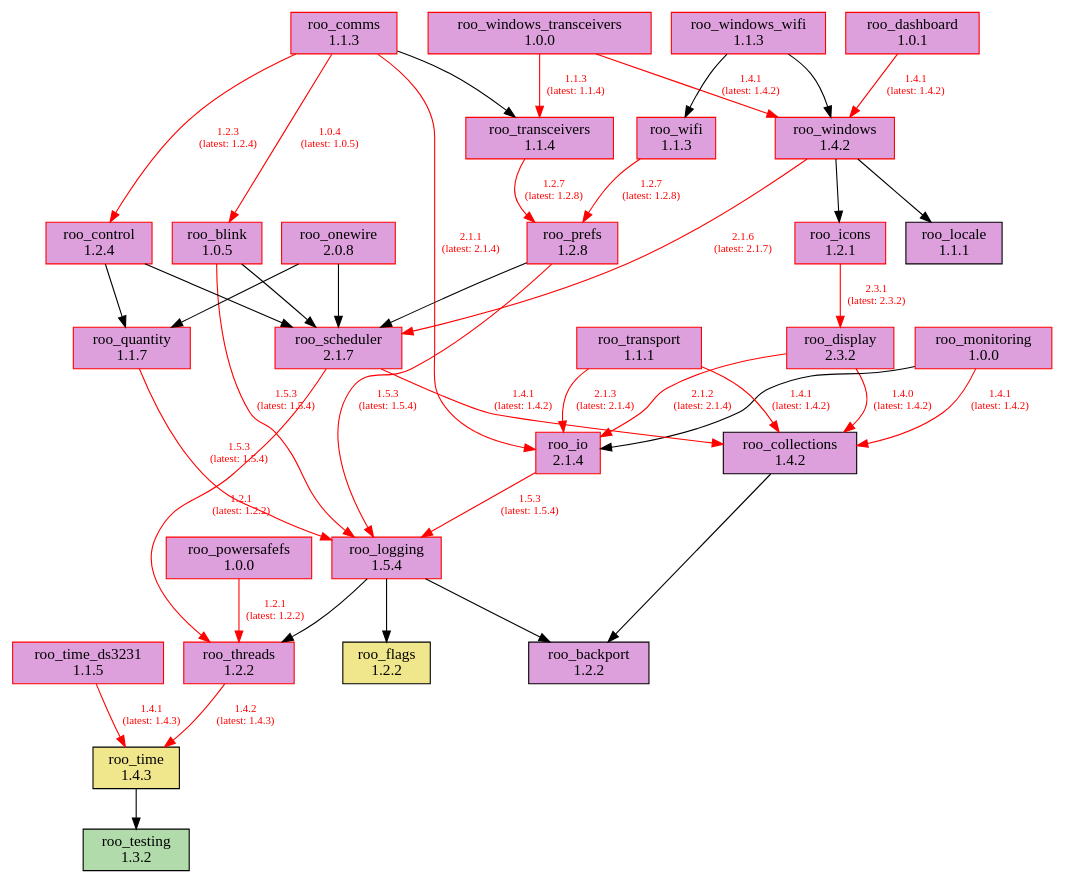
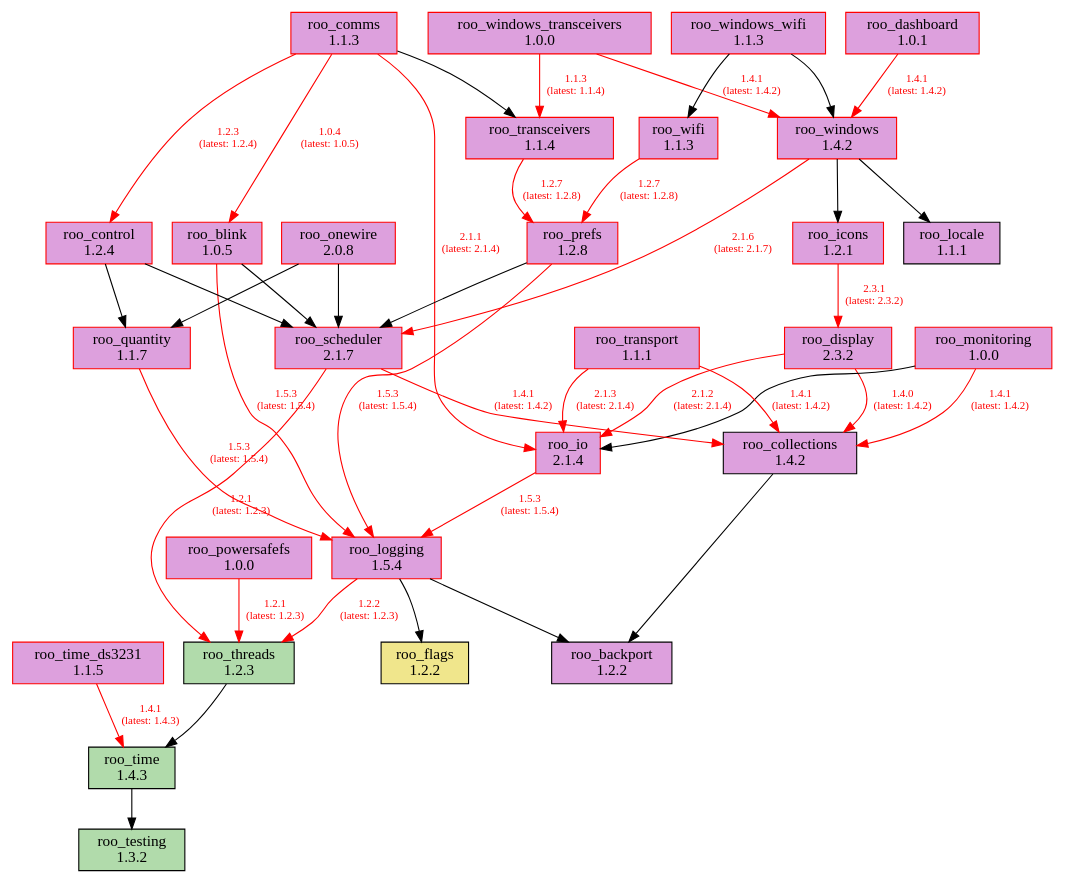
The diagram in doc/dependencies.dot (dejwk/roo-registry), drawn with Graphviz before and after one commit. The commit also changed 3 other files, not shown here.

Commit message:
Added roo_threads 1.2.3 to the registry.

```diff
--- a/doc/dependencies.dot
+++ b/doc/dependencies.dot
@@ -1,78 +1,78 @@
 digraph dependencies {
     rankdir=TB;
     node [shape=box, style=filled];
     edge [fontsize=10];
 
     // Modules
     "roo_backport" [label="roo_backport\n1.2.2", fillcolor="plum", color="black"];
     "roo_blink" [label="roo_blink\n1.0.5", fillcolor="plum", color="red"];
     "roo_collections" [label="roo_collections\n1.4.2", fillcolor="plum", color="black"];
     "roo_comms" [label="roo_comms\n1.1.3", fillcolor="plum", color="red"];
     "roo_control" [label="roo_control\n1.2.4", fillcolor="plum", color="red"];
     "roo_dashboard" [label="roo_dashboard\n1.0.1", fillcolor="plum", color="red"];
     "roo_display" [label="roo_display\n2.3.2", fillcolor="plum", color="red"];
     "roo_flags" [label="roo_flags\n1.2.2", fillcolor="khaki", color="black"];
     "roo_icons" [label="roo_icons\n1.2.1", fillcolor="plum", color="red"];
     "roo_io" [label="roo_io\n2.1.4", fillcolor="plum", color="red"];
     "roo_locale" [label="roo_locale\n1.1.1", fillcolor="plum", color="black"];
     "roo_logging" [label="roo_logging\n1.5.4", fillcolor="plum", color="red"];
     "roo_monitoring" [label="roo_monitoring\n1.0.0", fillcolor="plum", color="red"];
     "roo_onewire" [label="roo_onewire\n2.0.8", fillcolor="plum", color="red"];
     "roo_powersafefs" [label="roo_powersafefs\n1.0.0", fillcolor="plum", color="red"];
     "roo_prefs" [label="roo_prefs\n1.2.8", fillcolor="plum", color="red"];
     "roo_quantity" [label="roo_quantity\n1.1.7", fillcolor="plum", color="red"];
     "roo_scheduler" [label="roo_scheduler\n2.1.7", fillcolor="plum", color="red"];
     "roo_testing" [label="roo_testing\n1.3.2", fillcolor="#b1dbab", color="black"];
-    "roo_threads" [label="roo_threads\n1.2.2", fillcolor="plum", color="red"];
-    "roo_time" [label="roo_time\n1.4.3", fillcolor="khaki", color="black"];
+    "roo_threads" [label="roo_threads\n1.2.3", fillcolor="#b1dbab", color="black"];
+    "roo_time" [label="roo_time\n1.4.3", fillcolor="#b1dbab", color="black"];
     "roo_time_ds3231" [label="roo_time_ds3231\n1.1.5", fillcolor="plum", color="red"];
     "roo_transceivers" [label="roo_transceivers\n1.1.4", fillcolor="plum", color="red"];
     "roo_transport" [label="roo_transport\n1.1.1", fillcolor="plum", color="red"];
     "roo_wifi" [label="roo_wifi\n1.1.3", fillcolor="plum", color="red"];
     "roo_windows" [label="roo_windows\n1.4.2", fillcolor="plum", color="red"];
     "roo_windows_transceivers" [label="roo_windows_transceivers\n1.0.0", fillcolor="plum", color="red"];
     "roo_windows_wifi" [label="roo_windows_wifi\n1.1.3", fillcolor="plum", color="red"];
 
     // Dependencies
     "roo_blink" -> "roo_logging" [color=red, fontcolor=red, label="1.5.3\n(latest: 1.5.4)"];
     "roo_blink" -> "roo_scheduler";
     "roo_collections" -> "roo_backport";
     "roo_comms" -> "roo_blink" [color=red, fontcolor=red, label="1.0.4\n(latest: 1.0.5)"];
     "roo_comms" -> "roo_control" [color=red, fontcolor=red, label="1.2.3\n(latest: 1.2.4)"];
     "roo_comms" -> "roo_io" [color=red, fontcolor=red, label="2.1.1\n(latest: 2.1.4)"];
     "roo_comms" -> "roo_transceivers";
     "roo_control" -> "roo_quantity";
     "roo_control" -> "roo_scheduler";
     "roo_dashboard" -> "roo_windows" [color=red, fontcolor=red, label="1.4.1\n(latest: 1.4.2)"];
     "roo_display" -> "roo_collections" [color=red, fontcolor=red, label="1.4.0\n(latest: 1.4.2)"];
     "roo_display" -> "roo_io" [color=red, fontcolor=red, label="2.1.2\n(latest: 2.1.4)"];
     "roo_icons" -> "roo_display" [color=red, fontcolor=red, label="2.3.1\n(latest: 2.3.2)"];
     "roo_io" -> "roo_logging" [color=red, fontcolor=red, label="1.5.3\n(latest: 1.5.4)"];
     "roo_logging" -> "roo_backport";
     "roo_logging" -> "roo_flags";
-    "roo_logging" -> "roo_threads";
+    "roo_logging" -> "roo_threads" [color=red, fontcolor=red, label="1.2.2\n(latest: 1.2.3)"];
     "roo_monitoring" -> "roo_collections" [color=red, fontcolor=red, label="1.4.1\n(latest: 1.4.2)"];
     "roo_monitoring" -> "roo_io";
     "roo_onewire" -> "roo_scheduler";
     "roo_onewire" -> "roo_quantity";
-    "roo_powersafefs" -> "roo_threads" [color=red, fontcolor=red, label="1.2.1\n(latest: 1.2.2)"];
+    "roo_powersafefs" -> "roo_threads" [color=red, fontcolor=red, label="1.2.1\n(latest: 1.2.3)"];
     "roo_prefs" -> "roo_logging" [color=red, fontcolor=red, label="1.5.3\n(latest: 1.5.4)"];
     "roo_prefs" -> "roo_scheduler";
     "roo_quantity" -> "roo_logging" [color=red, fontcolor=red, label="1.5.3\n(latest: 1.5.4)"];
     "roo_scheduler" -> "roo_collections" [color=red, fontcolor=red, label="1.4.1\n(latest: 1.4.2)"];
-    "roo_scheduler" -> "roo_threads" [color=red, fontcolor=red, label="1.2.1\n(latest: 1.2.2)"];
-    "roo_threads" -> "roo_time" [color=red, fontcolor=red, label="1.4.2\n(latest: 1.4.3)"];
+    "roo_scheduler" -> "roo_threads" [color=red, fontcolor=red, label="1.2.1\n(latest: 1.2.3)"];
+    "roo_threads" -> "roo_time";
     "roo_time" -> "roo_testing";
     "roo_time_ds3231" -> "roo_time" [color=red, fontcolor=red, label="1.4.1\n(latest: 1.4.3)"];
     "roo_transceivers" -> "roo_prefs" [color=red, fontcolor=red, label="1.2.7\n(latest: 1.2.8)"];
     "roo_transport" -> "roo_collections" [color=red, fontcolor=red, label="1.4.1\n(latest: 1.4.2)"];
     "roo_transport" -> "roo_io" [color=red, fontcolor=red, label="2.1.3\n(latest: 2.1.4)"];
     "roo_wifi" -> "roo_prefs" [color=red, fontcolor=red, label="1.2.7\n(latest: 1.2.8)"];
     "roo_windows" -> "roo_locale";
     "roo_windows" -> "roo_icons";
     "roo_windows" -> "roo_scheduler" [color=red, fontcolor=red, label="2.1.6\n(latest: 2.1.7)"];
     "roo_windows_transceivers" -> "roo_transceivers" [color=red, fontcolor=red, label="1.1.3\n(latest: 1.1.4)"];
     "roo_windows_transceivers" -> "roo_windows" [color=red, fontcolor=red, label="1.4.1\n(latest: 1.4.2)"];
     "roo_windows_wifi" -> "roo_wifi";
     "roo_windows_wifi" -> "roo_windows";
 }
```
